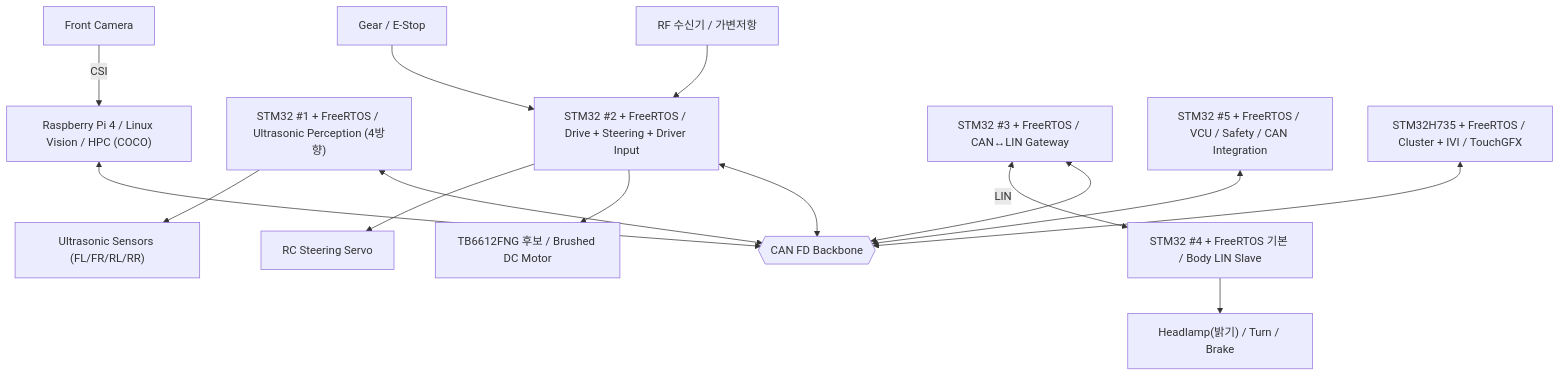
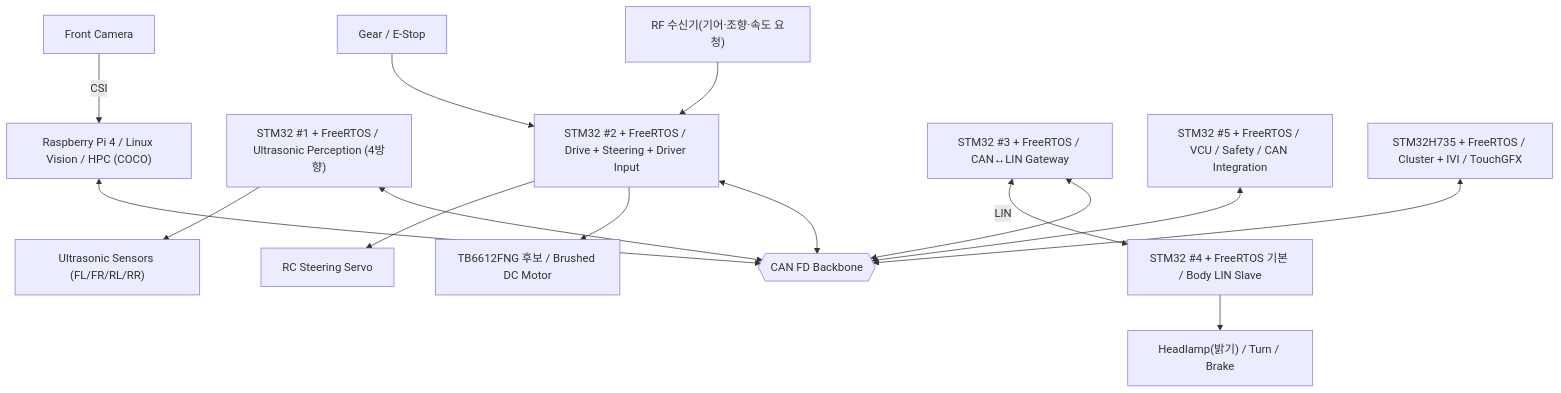
The second of 2 diagrams in docs/overview/PROJECT_OVERVIEW.md (sunmaan22/SDV_MCU_Project), drawn with Mermaid before and after one commit. The commit also changed other lines of this file and 13 other files, not shown here.

````diff
--- a/docs/overview/PROJECT_OVERVIEW.md
+++ b/docs/overview/PROJECT_OVERVIEW.md
@@ -182,23 +184,23 @@
 ```mermaid
 flowchart TB
     FCAM["Front Camera"] -->|"CSI"| HPC["Raspberry Pi 4 / Linux Vision / HPC (COCO)"]
 
     CAN{{"CAN FD Backbone"}}
     HPC <--> CAN
 
     USS["STM32 #1 + FreeRTOS / Ultrasonic Perception (4방향)"] <--> CAN
     DRIVE["STM32 #2 + FreeRTOS / Drive + Steering + Driver Input"] <--> CAN
     GW["STM32 #3 + FreeRTOS / CAN↔LIN Gateway"] <--> CAN
     VCU["STM32 #5 + FreeRTOS / VCU / Safety / CAN Integration"] <--> CAN
     COCKPIT["STM32H735 + FreeRTOS / Cluster + IVI / TouchGFX"] <--> CAN
 
     USS --> US["Ultrasonic Sensors (FL/FR/RL/RR)"]
     DRIVE --> TB["TB6612FNG 후보 / Brushed DC Motor"]
     DRIVE --> SERVO["RC Steering Servo"]
-    DRIVERIN["RF 수신기 / 가변저항"] --> DRIVE
+    DRIVERIN["RF 수신기(기어·조향·속도 요청)"] --> DRIVE
 
     GW <-->|"LIN"| BODY["STM32 #4 + FreeRTOS 기본 / Body LIN Slave"]
     BODY --> LIGHT["Headlamp(밝기) / Turn / Brake"]
 
     GEAR["Gear / E-Stop"] --> DRIVE
 ```
````
